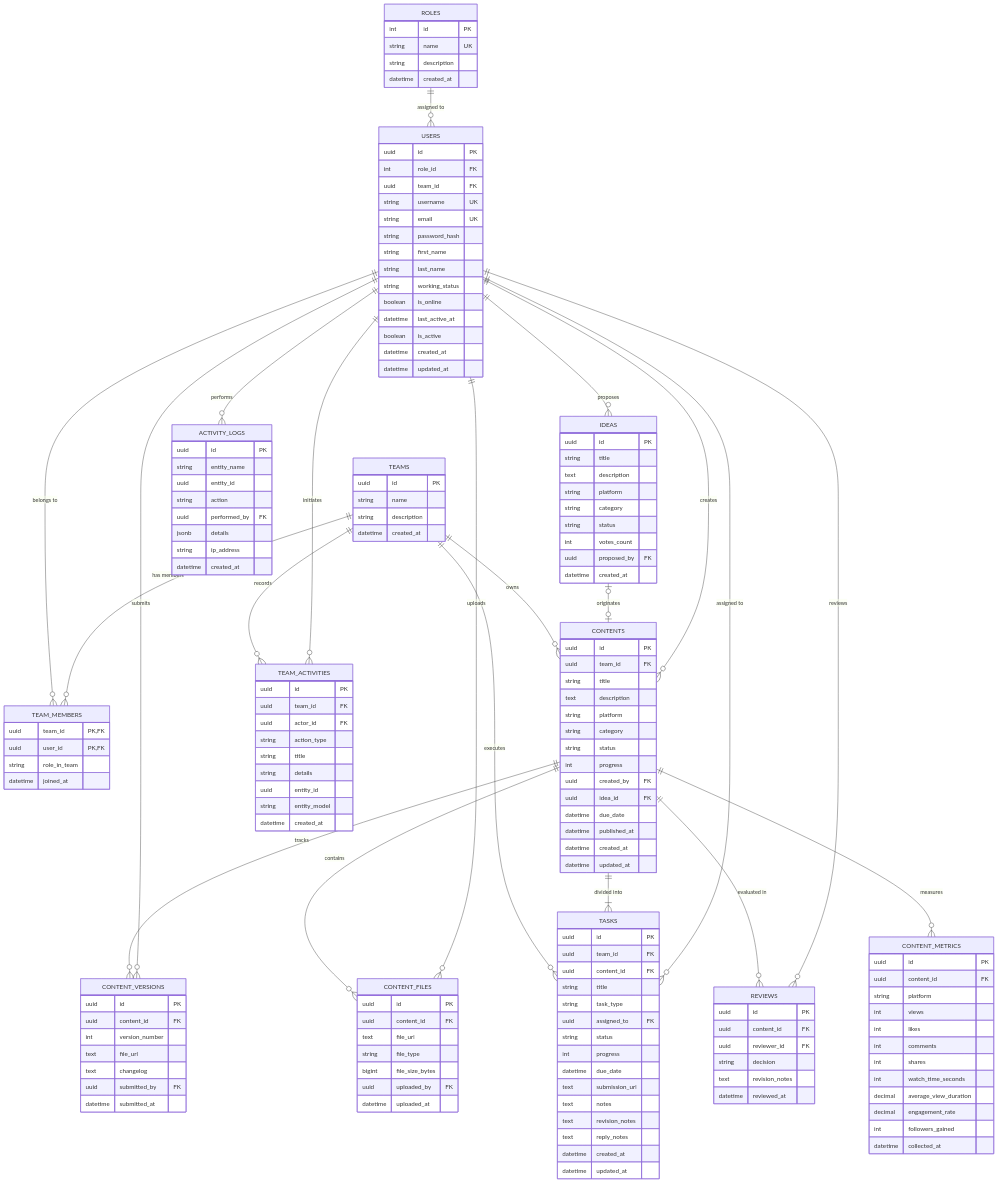
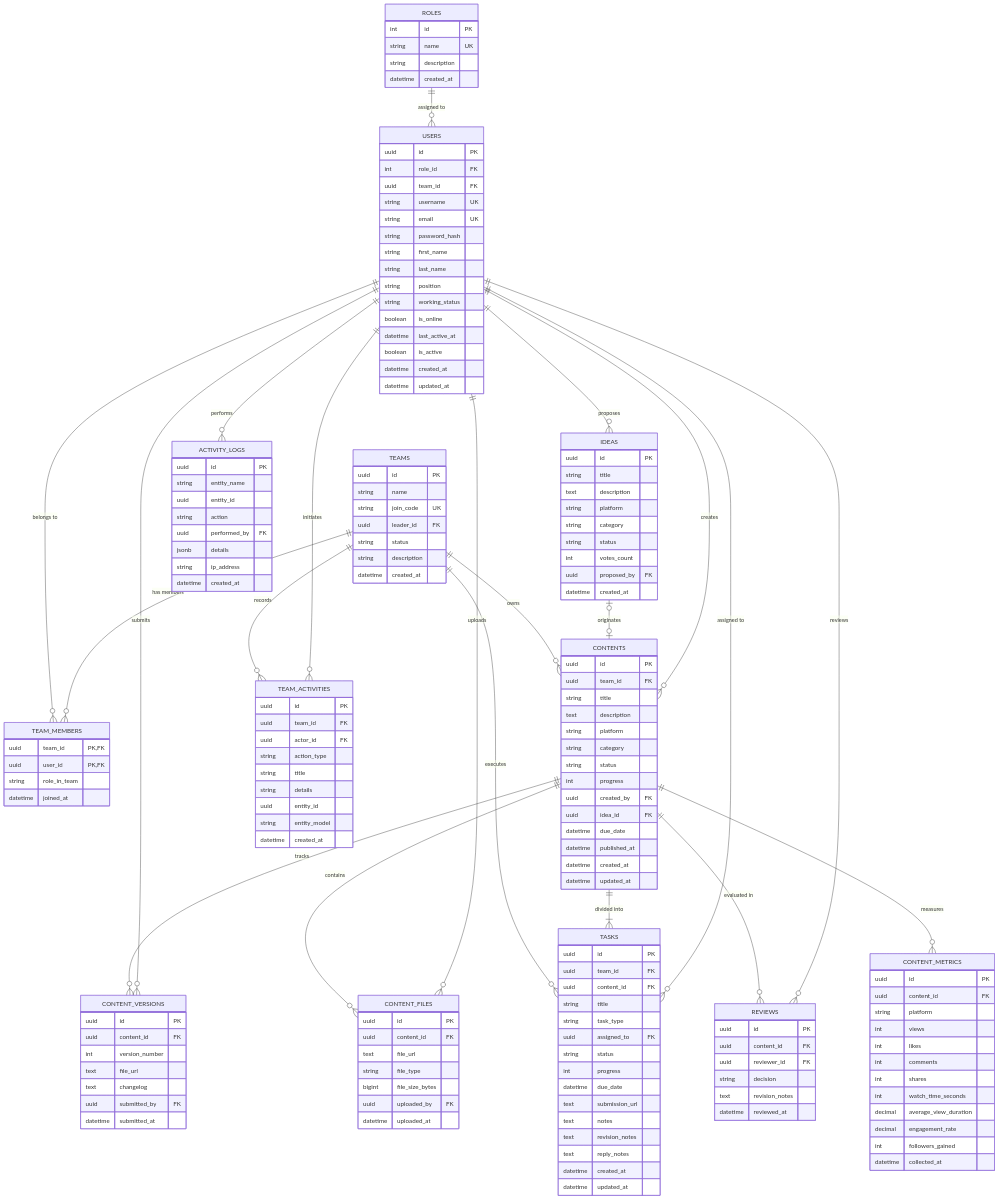
The diagram in docs/academic/06-Entity-Relationship-Diagram.md (Starlight142/Content-Management-System), drawn with Mermaid before and after one commit. The commit also changed 32 other files, not shown here.

```diff
--- a/docs/academic/06-Entity-Relationship-Diagram.md
+++ b/docs/academic/06-Entity-Relationship-Diagram.md
@@ -52,6 +52,7 @@
         string password_hash
         string first_name
         string last_name
+        string position
         string working_status
         boolean is_online
         datetime last_active_at
@@ -63,6 +64,9 @@
     TEAMS {
         uuid id PK
         string name
+        string join_code UK
+        uuid leader_id FK
+        string status
         string description
         datetime created_at
     }
```
